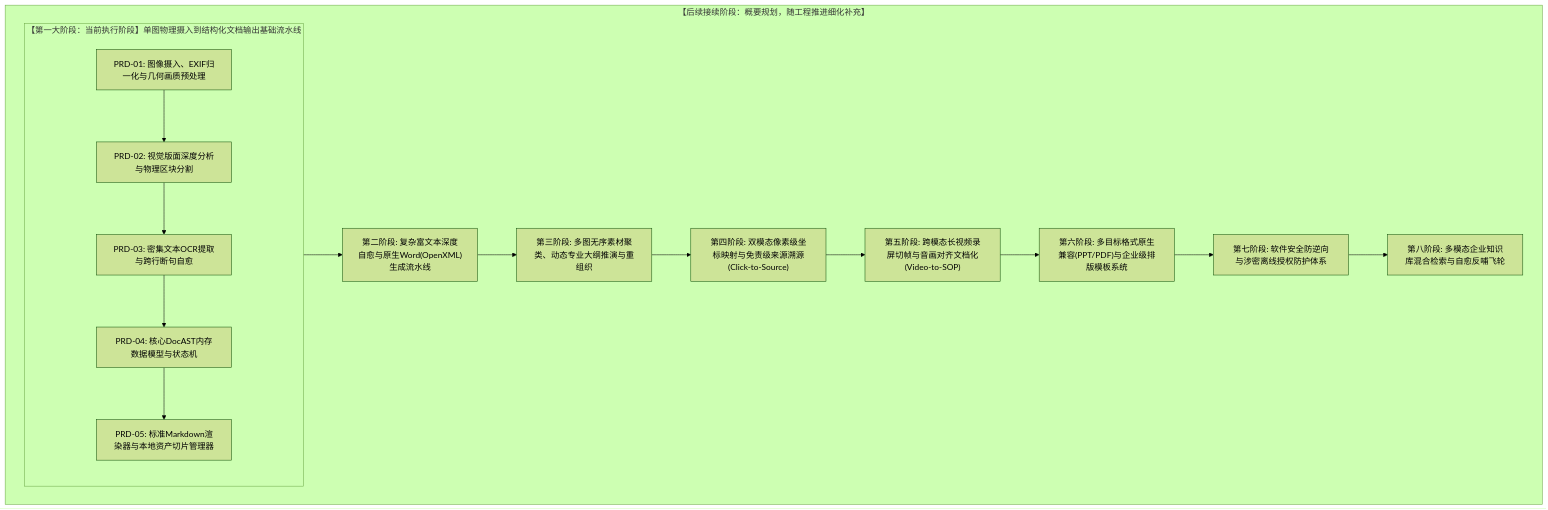
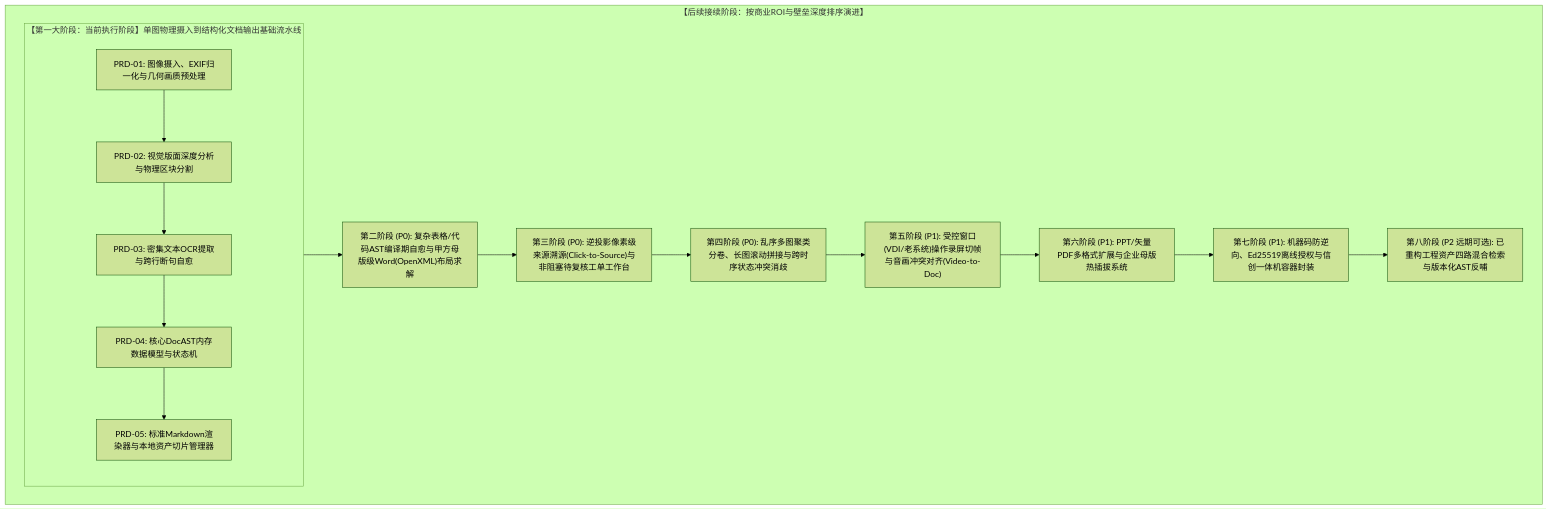
Before and after one commit to TK-zhang/tupian-zhuan-wendang: the diagram in docs/03_产品需求规格说明/04_系统全景迭代演进与研发拆解总览.md, drawn with Mermaid (forest theme). The commit also changed other lines of this file and 19 other files, not shown here.

````diff
--- a/docs/03_产品需求规格说明/04_系统全景迭代演进与研发拆解总览.md
+++ b/docs/03_产品需求规格说明/04_系统全景迭代演进与研发拆解总览.md
@@ -8,22 +8,22 @@
 ```mermaid
 flowchart TD
     subgraph Phase1["【第一大阶段：当前执行阶段】单图物理摄入到结构化文档输出基础流水线"]
         P1["PRD-01: 图像摄入、EXIF归一化与几何画质预处理"]
         P2["PRD-02: 视觉版面深度分析与物理区块分割"]
         P3["PRD-03: 密集文本OCR提取与跨行断句自愈"]
         P4["PRD-04: 核心DocAST内存数据模型与状态机"]
         P5["PRD-05: 标准Markdown渲染器与本地资产切片管理器"]
         P1 --> P2 --> P3 --> P4 --> P5
     end
 
-    subgraph Phase2["【后续接续阶段：概要规划，随工程推进细化补充】"]
-        P_Next1["第二阶段: 复杂富文本深度自愈与原生Word(OpenXML)生成流水线"]
-        P_Next2["第三阶段: 多图无序素材聚类、动态专业大纲推演与重组织"]
-        P_Next3["第四阶段: 双模态像素级坐标映射与免责级来源溯源(Click-to-Source)"]
-        P_Next4["第五阶段: 跨模态长视频录屏切帧与音画对齐文档化(Video-to-SOP)"]
-        P_Next5["第六阶段: 多目标格式原生兼容(PPT/PDF)与企业级排版模板系统"]
-        P_Next6["第七阶段: 软件安全防逆向与涉密离线授权防护体系"]
-        P_Next7["第八阶段: 多模态企业知识库混合检索与自愈反哺飞轮"]
+    subgraph Phase2["【后续接续阶段：按商业ROI与壁垒深度排序演进】"]
+        P_Next1["第二阶段 (P0): 复杂表格/代码AST编译期自愈与甲方母版级Word(OpenXML)布局求解"]
+        P_Next2["第三阶段 (P0): 逆投影像素级来源溯源(Click-to-Source)与非阻塞待复核工单工作台"]
+        P_Next3["第四阶段 (P0): 乱序多图聚类分卷、长图滚动拼接与跨时序状态冲突消歧"]
+        P_Next4["第五阶段 (P1): 受控窗口(VDI/老系统)操作录屏切帧与音画冲突对齐(Video-to-Doc)"]
+        P_Next5["第六阶段 (P1): PPT/矢量PDF多格式扩展与企业母版热插拔系统"]
+        P_Next6["第七阶段 (P1): 机器码防逆向、Ed25519离线授权与信创一体机容器封装"]
+        P_Next7["第八阶段 (P2 远期可选): 已重构工程资产四路混合检索与版本化AST反哺"]
         Phase1 --> P_Next1 --> P_Next2 --> P_Next3 --> P_Next4 --> P_Next5 --> P_Next6 --> P_Next7
     end
 ```
````
